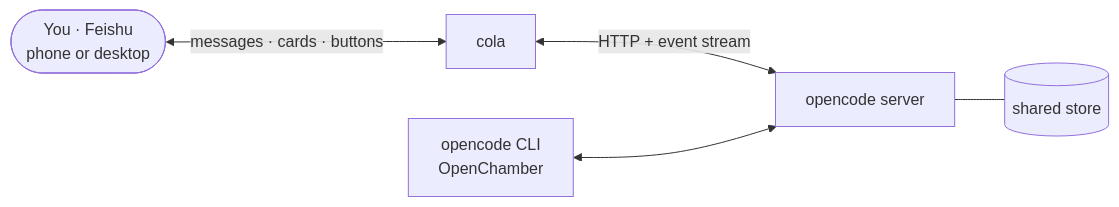
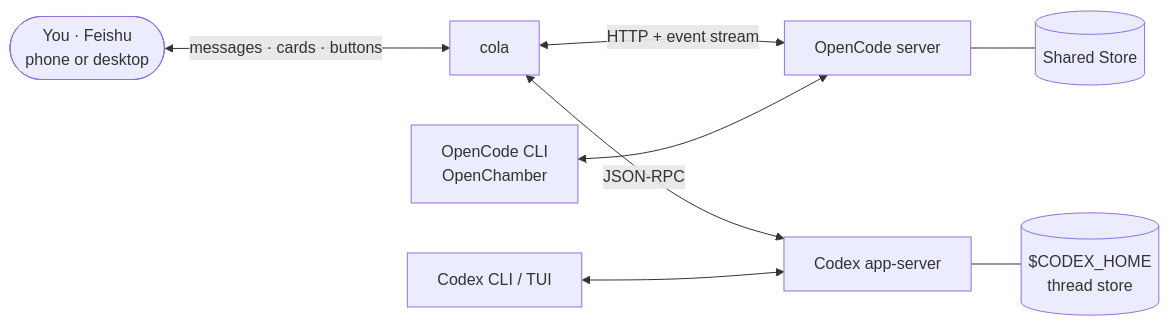
Before and after one commit to SXongin/cola: the diagram in README.md, drawn with Mermaid. The commit also changed other lines of this file, not shown here.

First line of the commit message:
docs(readme): describe the Codex client, /worktree and /run

````diff
--- a/README.md
+++ b/README.md
@@ -220,13 +256,19 @@
 ```mermaid
 flowchart LR
     you(["You · Feishu<br/>phone or desktop"])
     cola["cola"]
-    server["opencode server"]
-    store[("shared store")]
-    other["opencode CLI<br/>OpenChamber"]
+    opencode["OpenCode server"]
+    codex["Codex app-server"]
+    ocstore[("Shared Store")]
+    cxstore[("$CODEX_HOME<br/>thread store")]
+    other["OpenCode CLI<br/>OpenChamber"]
+    tui["Codex CLI / TUI"]
 
     you <-->|"messages · cards · buttons"| cola
-    cola <-->|"HTTP + event stream"| server
-    server --- store
-    other <--> server
+    cola <-->|"HTTP + event stream"| opencode
+    cola <-->|"JSON-RPC"| codex
+    opencode --- ocstore
+    codex --- cxstore
+    other <--> opencode
+    tui <--> codex
 ```
````
